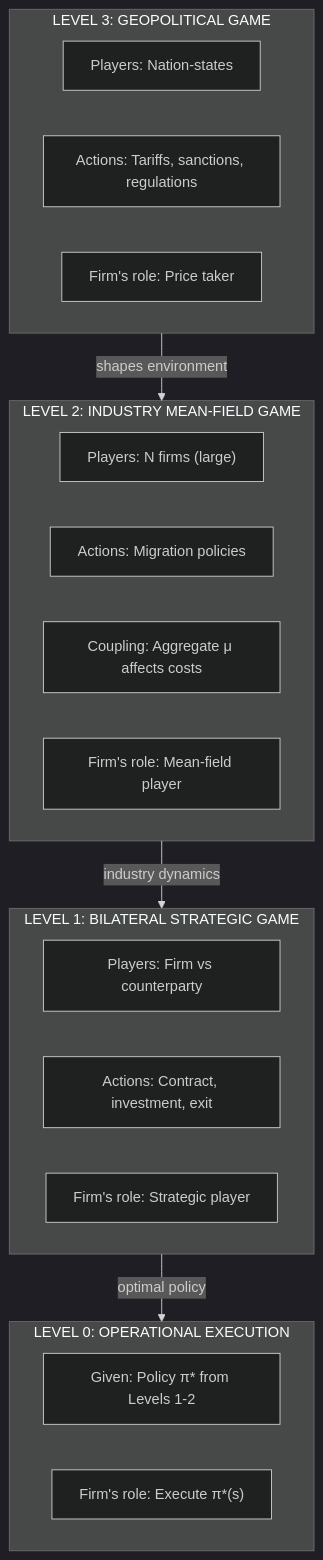
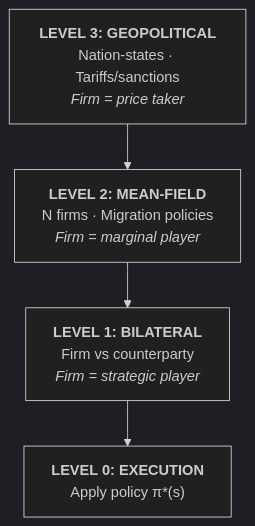
Before and after one commit to DealExMachina/sov-strat-games: the first of 4 diagrams in docs/bellman_wasserstein_mean_field_framework.md, drawn with Mermaid (dark theme). The commit also changed other lines of this file, not shown here.

Commit message:
Simplify Mermaid diagrams - cleaner, no overlaps

````diff
--- a/docs/bellman_wasserstein_mean_field_framework.md
+++ b/docs/bellman_wasserstein_mean_field_framework.md
@@ -191,30 +191,9 @@
 ```mermaid
 flowchart TB
-    subgraph L3["LEVEL 3: GEOPOLITICAL GAME"]
-        L3P["Players: Nation-states"]
-        L3A["Actions: Tariffs, sanctions, regulations"]
-        L3R["Firm's role: Price taker"]
-    end
+    L3["<b>LEVEL 3: GEOPOLITICAL</b><br/>Nation-states · Tariffs/sanctions<br/><i>Firm = price taker</i>"]
+    L2["<b>LEVEL 2: MEAN-FIELD</b><br/>N firms · Migration policies<br/><i>Firm = marginal player</i>"]
+    L1["<b>LEVEL 1: BILATERAL</b><br/>Firm vs counterparty<br/><i>Firm = strategic player</i>"]
+    L0["<b>LEVEL 0: EXECUTION</b><br/>Apply policy π*(s)"]
     
-    subgraph L2["LEVEL 2: INDUSTRY MEAN-FIELD GAME"]
-        L2P["Players: N firms (large)"]
-        L2A["Actions: Migration policies"]
-        L2C["Coupling: Aggregate μ affects costs"]
-        L2R["Firm's role: Mean-field player"]
-    end
-    
-    subgraph L1["LEVEL 1: BILATERAL STRATEGIC GAME"]
-        L1P["Players: Firm vs counterparty"]
-        L1A["Actions: Contract, investment, exit"]
-        L1R["Firm's role: Strategic player"]
-    end
-    
-    subgraph L0["LEVEL 0: OPERATIONAL EXECUTION"]
-        L0P["Given: Policy π* from Levels 1-2"]
-        L0R["Firm's role: Execute π*(s)"]
-    end
-    
-    L3 -->|"shapes environment"| L2
-    L2 -->|"industry dynamics"| L1
-    L1 -->|"optimal policy"| L0
+    L3 --> L2 --> L1 --> L0
 ```
````
